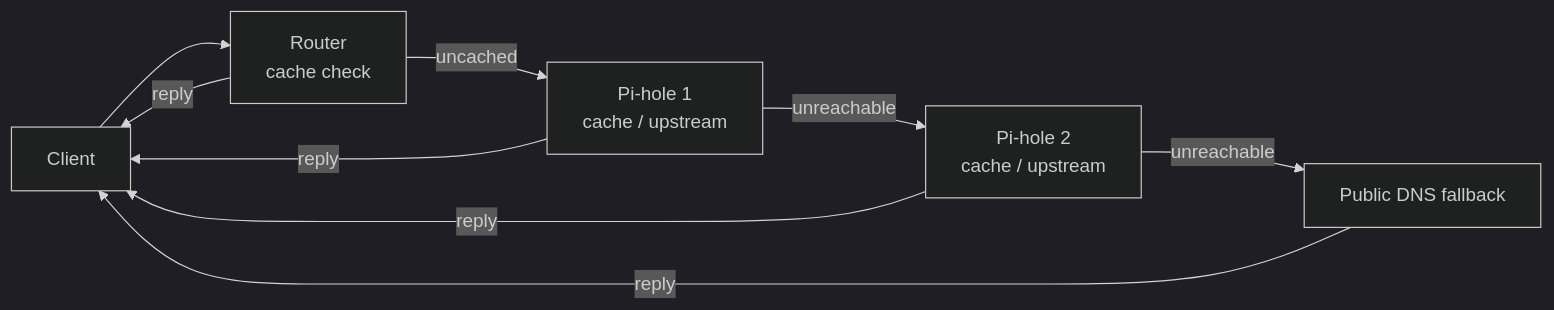
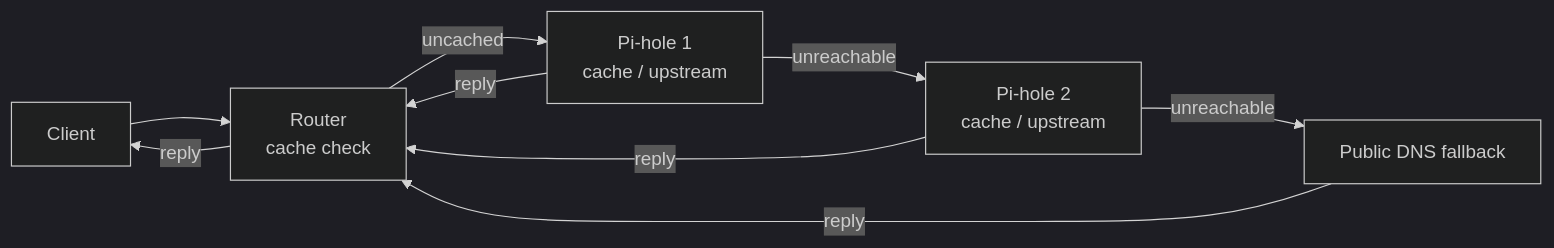
One commit to FedericoGianni/docs changed the diagram in docs/3-network.md. Above: the diagram before and after it, drawn with Mermaid (dark theme).

Commit message:
docs(network): route DNS replies back through router

````diff
--- a/docs/3-network.md
+++ b/docs/3-network.md
@@ -137,11 +137,11 @@
 ```mermaid
 flowchart LR
     CLIENT["Client"] --> ROUTER["Router<br/>cache check"]
     ROUTER -->|reply| CLIENT
     ROUTER -->|uncached| PIHOLE1["Pi-hole 1<br/>cache / upstream"]
-    PIHOLE1 -->|reply| CLIENT
+    PIHOLE1 -->|reply| ROUTER
     PIHOLE1 -->|unreachable| PIHOLE2["Pi-hole 2<br/>cache / upstream"]
-    PIHOLE2 -->|reply| CLIENT
+    PIHOLE2 -->|reply| ROUTER
     PIHOLE2 -->|unreachable| FALLBACK["Public DNS fallback"]
-    FALLBACK -->|reply| CLIENT
+    FALLBACK -->|reply| ROUTER
 ```
````
